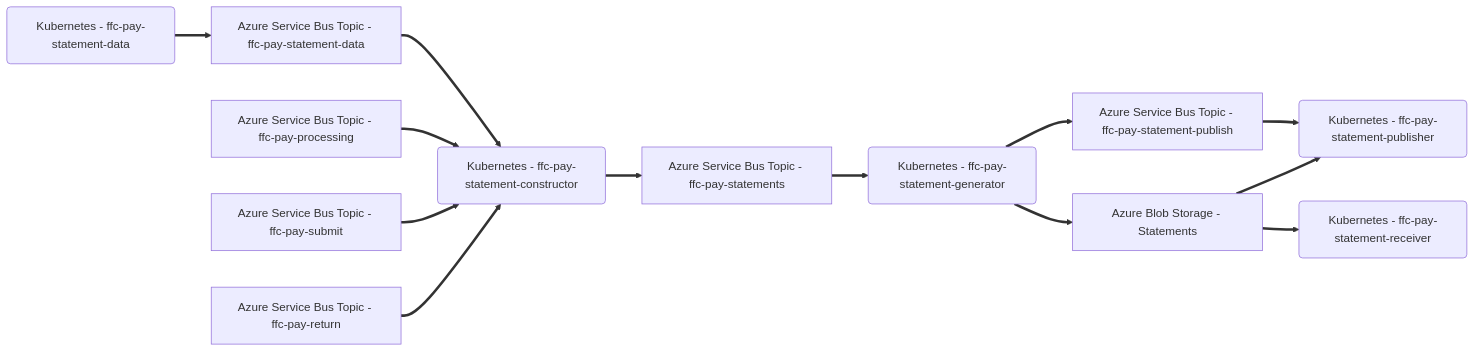
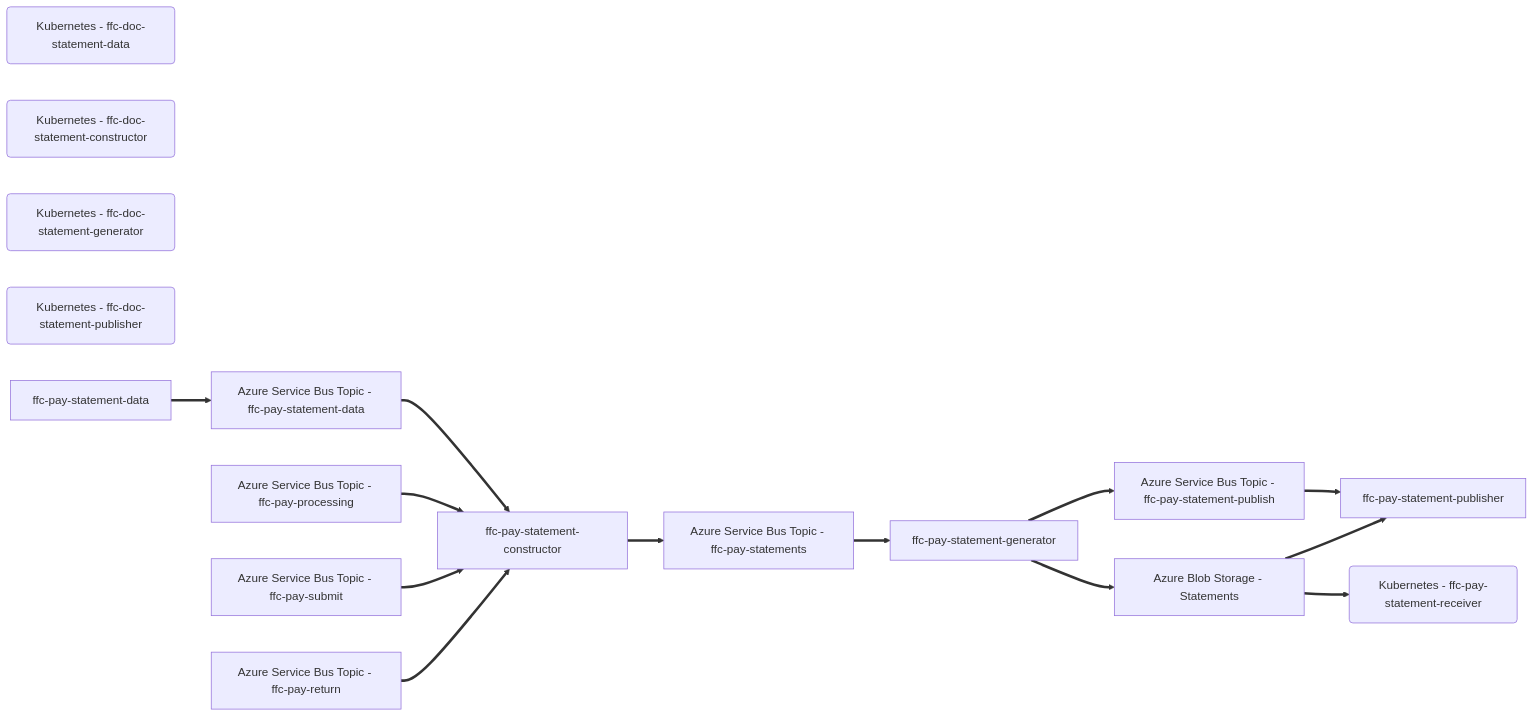
Before and after one commit to DEFRA/ffc-pay-core: the third of 3 diagrams in README.md, drawn with Mermaid. The commit also changed other lines of this file and 10 other files, not shown here.

Commit message:
refactored to change pay to doc for statement services, including clone, build and update scripts

````diff
--- a/README.md
+++ b/README.md
@@ -166,31 +175,31 @@
 ```mermaid
 flowchart LR
 
-ffc-pay-statement-data(Kubernetes - ffc-pay-statement-data)
-ffc-pay-statement-constructor(Kubernetes - ffc-pay-statement-constructor)
-ffc-pay-statement-generator(Kubernetes - ffc-pay-statement-generator)
-ffc-pay-statement-publisher(Kubernetes - ffc-pay-statement-publisher)
+ffc-doc-statement-data(Kubernetes - ffc-doc-statement-data)
+ffc-doc-statement-constructor(Kubernetes - ffc-doc-statement-constructor)
+ffc-doc-statement-generator(Kubernetes - ffc-doc-statement-generator)
+ffc-doc-statement-publisher(Kubernetes - ffc-doc-statement-publisher)
 ffc-pay-statement-receiver(Kubernetes - ffc-pay-statement-receiver)
 
 storageStatements[Azure Blob Storage - Statements]
 
 topicProcessing[Azure Service Bus Topic - ffc-pay-processing]
 topicSubmit[Azure Service Bus Topic - ffc-pay-submit]
 topicReturn[Azure Service Bus Topic - ffc-pay-return]
 topicStatementData[Azure Service Bus Topic - ffc-pay-statement-data]
 topicStatements[Azure Service Bus Topic - ffc-pay-statements]
 topicStatementPublish[Azure Service Bus Topic - ffc-pay-statement-publish]
 
 ffc-pay-statement-data ==> topicStatementData
 topicStatementData ==> ffc-pay-statement-constructor
 topicProcessing ==> ffc-pay-statement-constructor
 topicSubmit ==> ffc-pay-statement-constructor
 topicReturn ==> ffc-pay-statement-constructor
 ffc-pay-statement-constructor ==> topicStatements
 topicStatements ==> ffc-pay-statement-generator
 ffc-pay-statement-generator ==> topicStatementPublish
 ffc-pay-statement-generator ==> storageStatements
 topicStatementPublish ==> ffc-pay-statement-publisher
 storageStatements ==> ffc-pay-statement-publisher
 storageStatements ==> ffc-pay-statement-receiver
 ```
````
